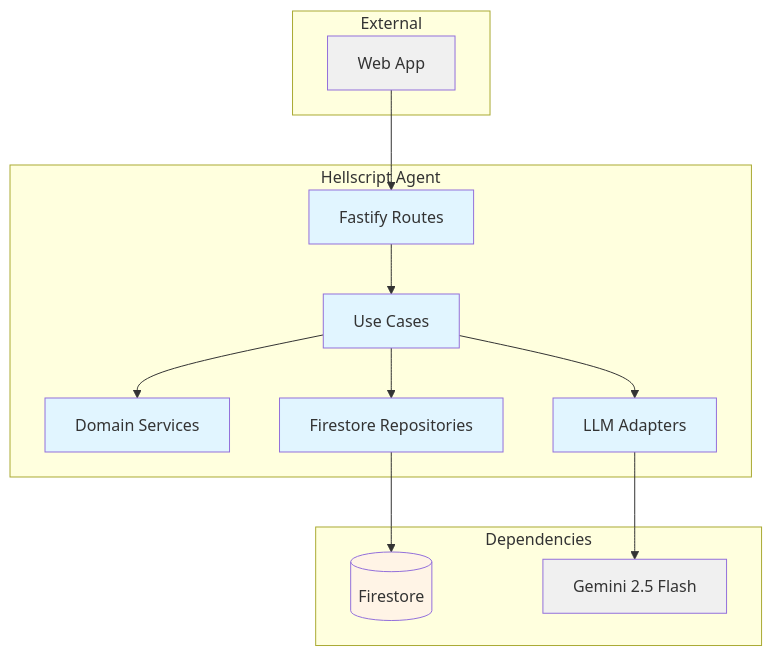
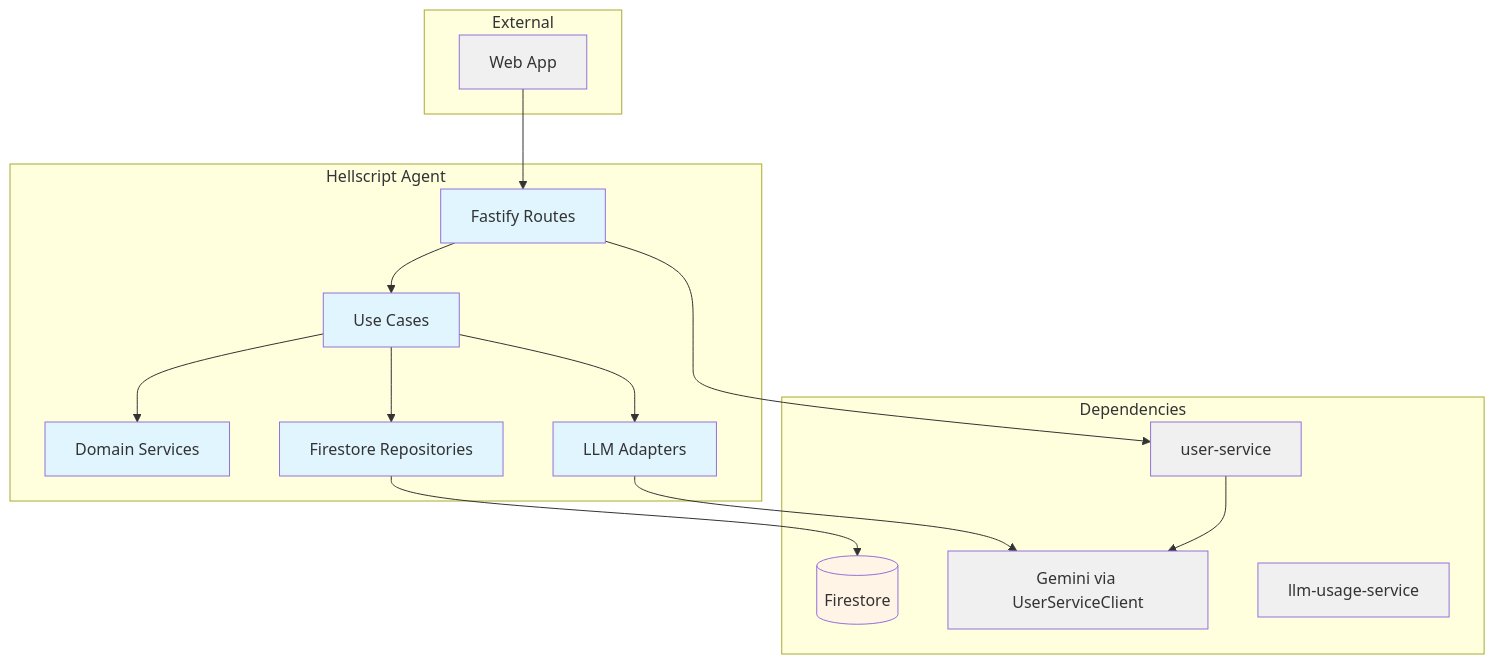
One commit to pbuchman/intexuraos changed the first of 2 diagrams in docs/services/hellscript-agent/technical.md. Above: the diagram before and after it, drawn with Mermaid. The commit also changed other lines of this file and 132 other files, not shown here.

````diff
--- a/docs/services/hellscript-agent/technical.md
+++ b/docs/services/hellscript-agent/technical.md
@@ -9,35 +9,39 @@
 ```mermaid
 graph TB
     subgraph "External"
         WebUI[Web App]
     end
 
     subgraph "Hellscript Agent"
         API[Fastify Routes]
         UC[Use Cases]
         DS[Domain Services]
         LLM[LLM Adapters]
         Repo[Firestore Repositories]
     end
 
     subgraph "Dependencies"
         Firestore[(Firestore)]
-        Gemini[Gemini 2.5 Flash]
+        UserSvc[user-service]
+        Gemini[Gemini via UserServiceClient]
+        UsageSvc[llm-usage-service]
     end
 
     WebUI --> API
     API --> UC
     UC --> DS
     UC --> LLM
     UC --> Repo
+    API --> UserSvc
+    UserSvc --> Gemini
     Repo --> Firestore
     LLM --> Gemini
 
     classDef service fill:#e1f5ff
     classDef storage fill:#fff4e6
     classDef external fill:#f0f0f0
 
     class API,UC,DS,LLM,Repo service
     class Firestore storage
-    class WebUI,Gemini external
+    class WebUI,Gemini,UserSvc,UsageSvc external
 ```
````
